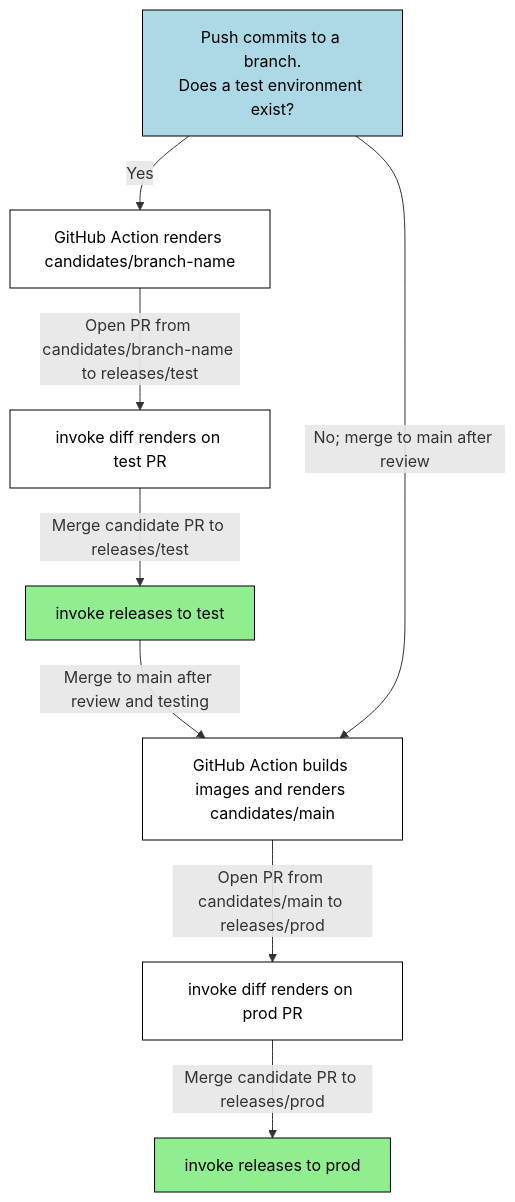
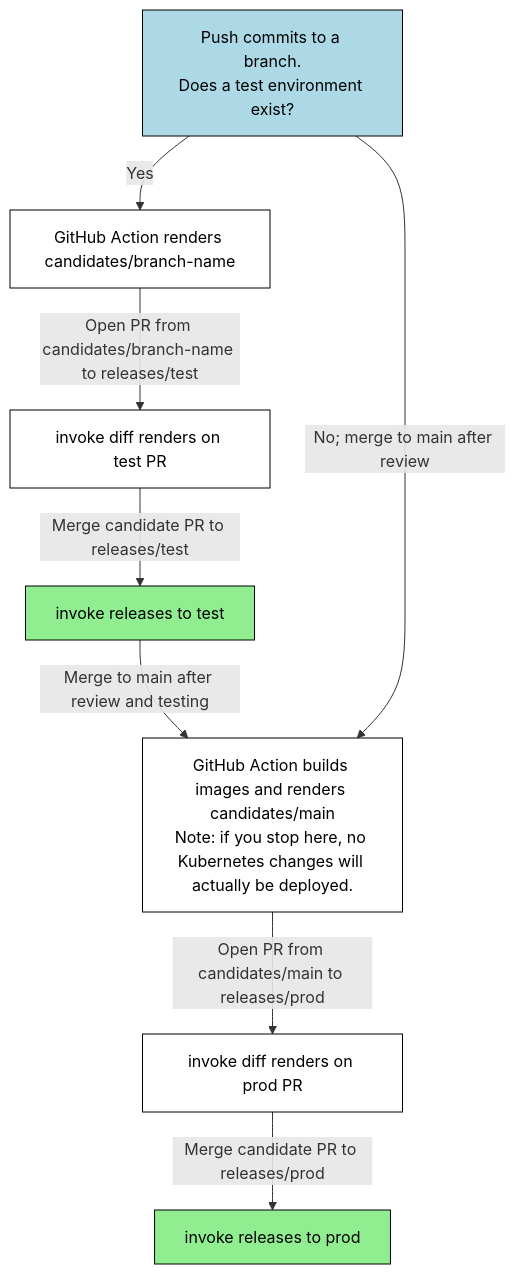
One commit to cal-itp/data-infra changed the diagram in ci/README.md. Above: the diagram before and after it, drawn with Mermaid.

Commit message:
add note

````diff
--- a/ci/README.md
+++ b/ci/README.md
@@ -23,21 +23,21 @@
 ```mermaid
 flowchart TD
 classDef default fill:white, color:black, stroke:black
 classDef initial fill:lightblue, color:black
 classDef deploy fill:lightgreen, color:black
 
 pr[Push commits to a branch.\nDoes a test environment exist?]
 candidates_branch[GitHub Action renders candidates/branch-name]
 branch_diff[invoke diff renders on test PR]
 branch_invoke[invoke releases to test]
 
-candidates_main[GitHub Action builds images and renders candidates/main]
+candidates_main[GitHub Action builds images and renders candidates/main\nNote: if you stop here, no Kubernetes changes will actually be deployed.]
 prod_diff[invoke diff renders on prod PR]
 prod_invoke[invoke releases to prod]
 
 pr -- Yes --> candidates_branch -- "Open PR from candidates/branch-name to releases/test" --> branch_diff -- "Merge candidate PR to releases/test" --> branch_invoke -- Merge to main after review and testing --> candidates_main -- "Open PR from candidates/main to releases/prod" --> prod_diff -- "Merge candidate PR to releases/prod" --> prod_invoke
 pr -- "No; merge to main after review" --> candidates_main
 
 class pr initial
 class branch_invoke,prod_invoke deploy
 ```
````
